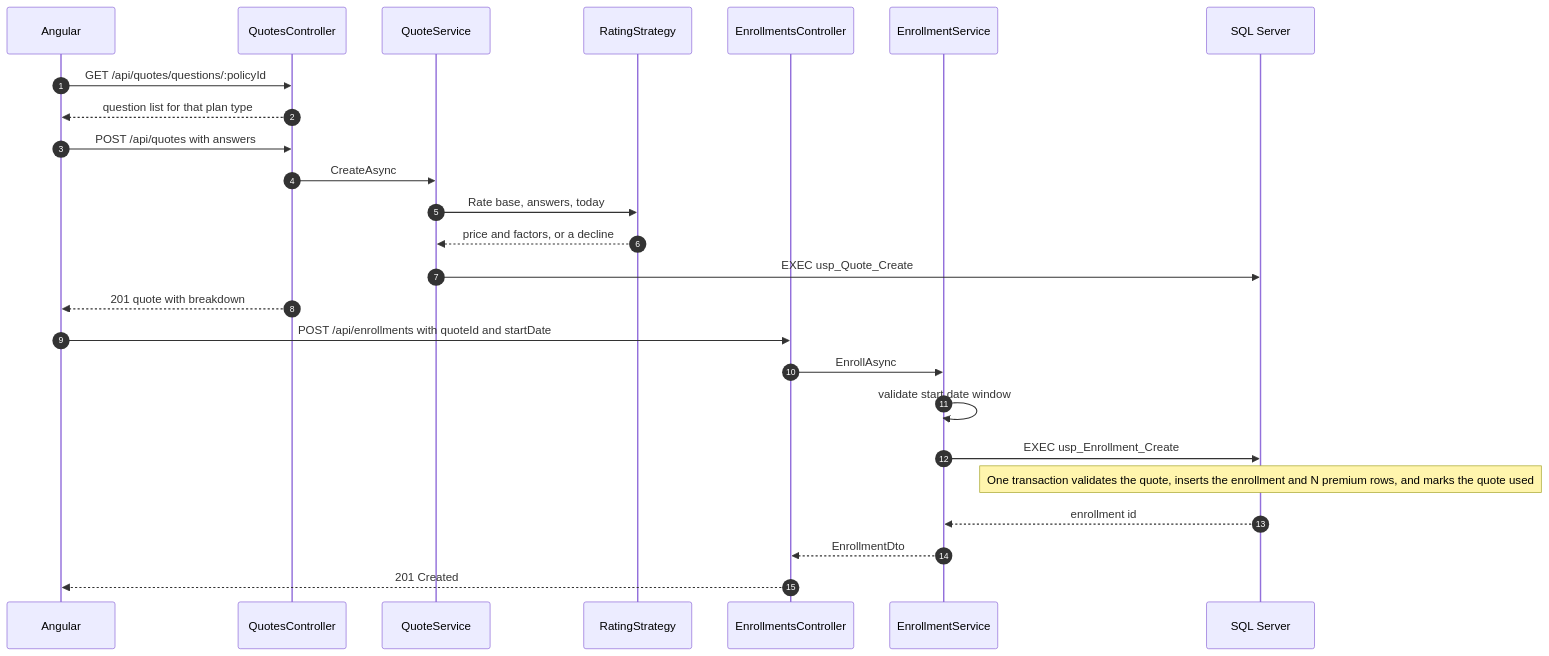
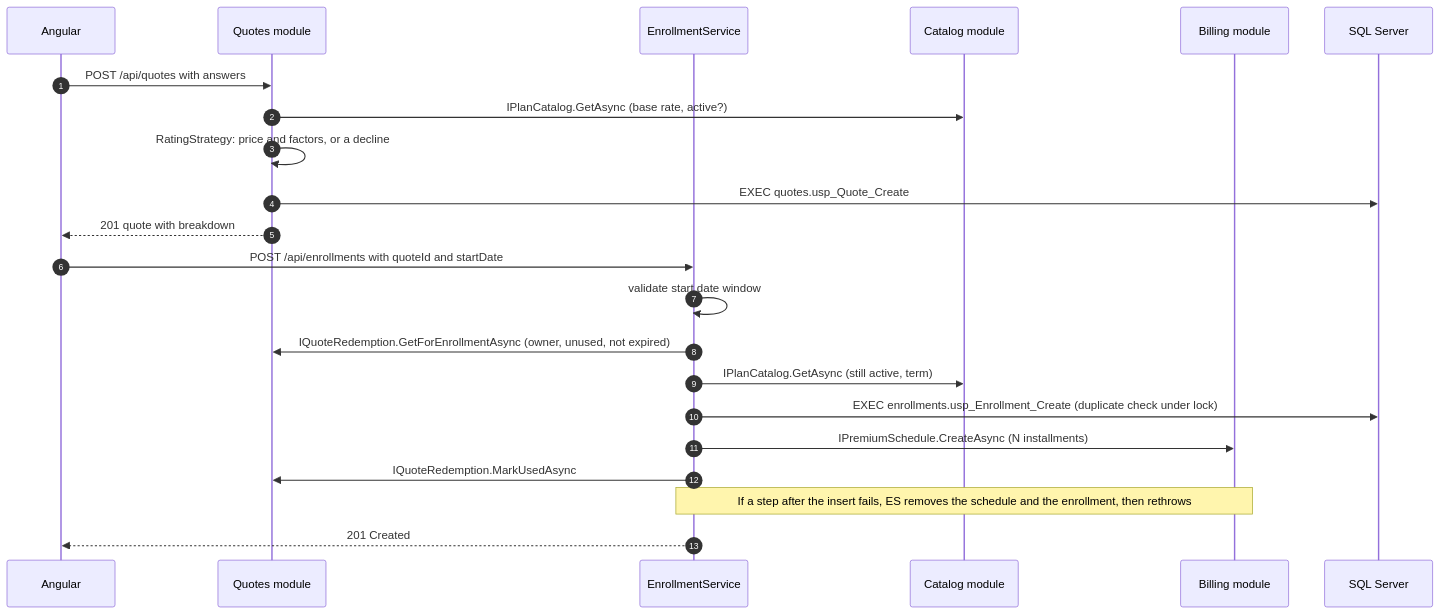
Before and after one commit to organizedanvrchy/Insurance-Full-Stack-App: the fifth of 10 diagrams in docs/ARCHITECTURE.md, drawn with Mermaid. The commit also changed other lines of this file and 67 other files, not shown here.

First line of the commit message:
Give each module its own SQL schema and compose across modules in C#

````diff
--- a/docs/ARCHITECTURE.md
+++ b/docs/ARCHITECTURE.md
@@ -120,27 +159,24 @@
 ```mermaid
 sequenceDiagram
     autonumber
     participant A as Angular
-    participant Q as QuotesController
-    participant QS as QuoteService
-    participant RS as RatingStrategy
-    participant E as EnrollmentsController
+    participant QS as Quotes module
     participant ES as EnrollmentService
+    participant C as Catalog module
+    participant B as Billing module
     participant D as SQL Server
-    A->>Q: GET /api/quotes/questions/:policyId
-    Q-->>A: question list for that plan type
-    A->>Q: POST /api/quotes with answers
-    Q->>QS: CreateAsync
-    QS->>RS: Rate base, answers, today
-    RS-->>QS: price and factors, or a decline
-    QS->>D: EXEC usp_Quote_Create
-    Q-->>A: 201 quote with breakdown
-    A->>E: POST /api/enrollments with quoteId and startDate
-    E->>ES: EnrollAsync
+    A->>QS: POST /api/quotes with answers
+    QS->>C: IPlanCatalog.GetAsync (base rate, active?)
+    QS->>QS: RatingStrategy: price and factors, or a decline
+    QS->>D: EXEC quotes.usp_Quote_Create
+    QS-->>A: 201 quote with breakdown
+    A->>ES: POST /api/enrollments with quoteId and startDate
     ES->>ES: validate start date window
-    ES->>D: EXEC usp_Enrollment_Create
-    Note over D: One transaction validates the quote, inserts the enrollment and N premium rows, and marks the quote used
-    D-->>ES: enrollment id
-    ES-->>E: EnrollmentDto
-    E-->>A: 201 Created
+    ES->>QS: IQuoteRedemption.GetForEnrollmentAsync (owner, unused, not expired)
+    ES->>C: IPlanCatalog.GetAsync (still active, term)
+    ES->>D: EXEC enrollments.usp_Enrollment_Create (duplicate check under lock)
+    ES->>B: IPremiumSchedule.CreateAsync (N installments)
+    ES->>QS: IQuoteRedemption.MarkUsedAsync
+    Note over ES,B: If a step after the insert fails, ES removes the schedule and the enrollment, then rethrows
+    ES-->>A: 201 Created
 ```
````
